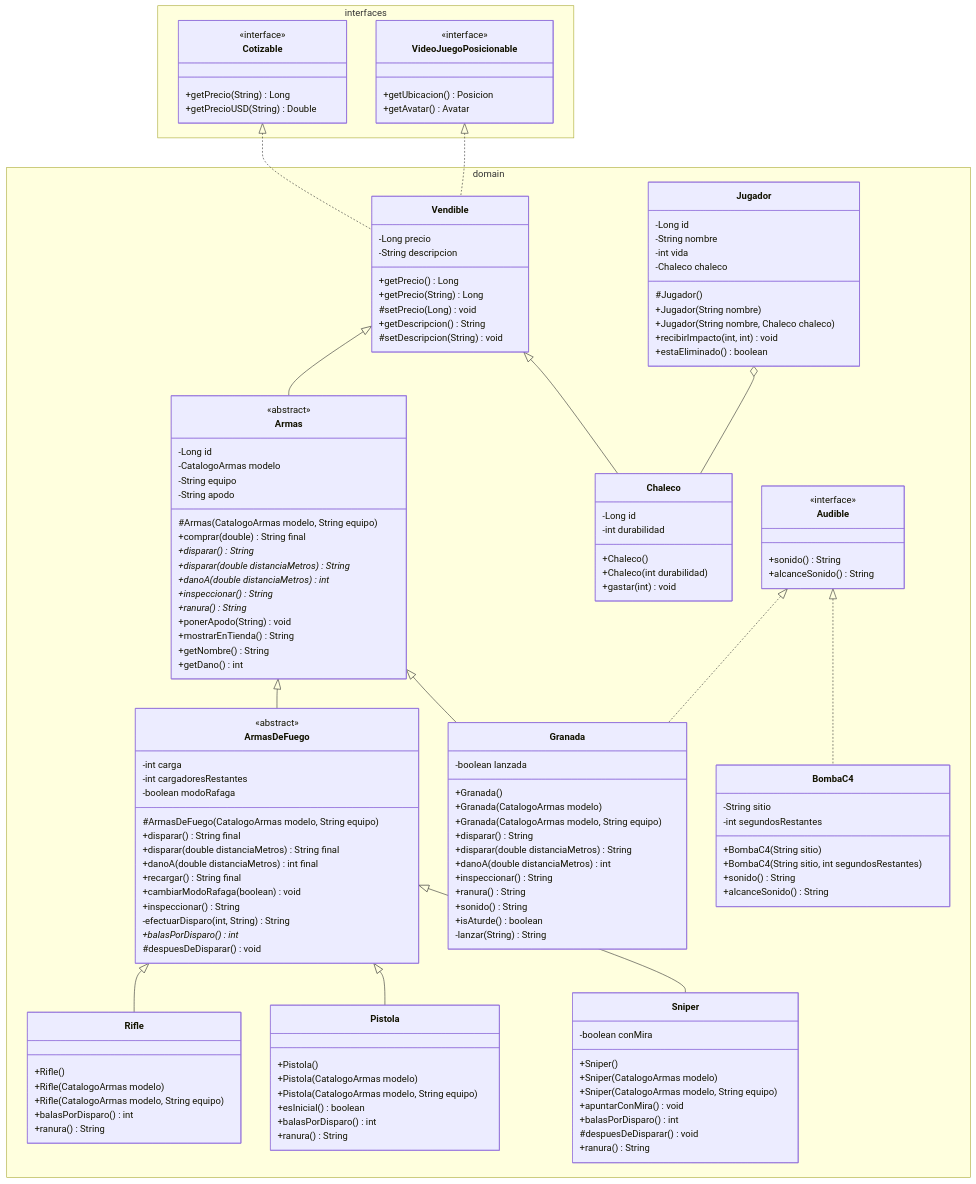
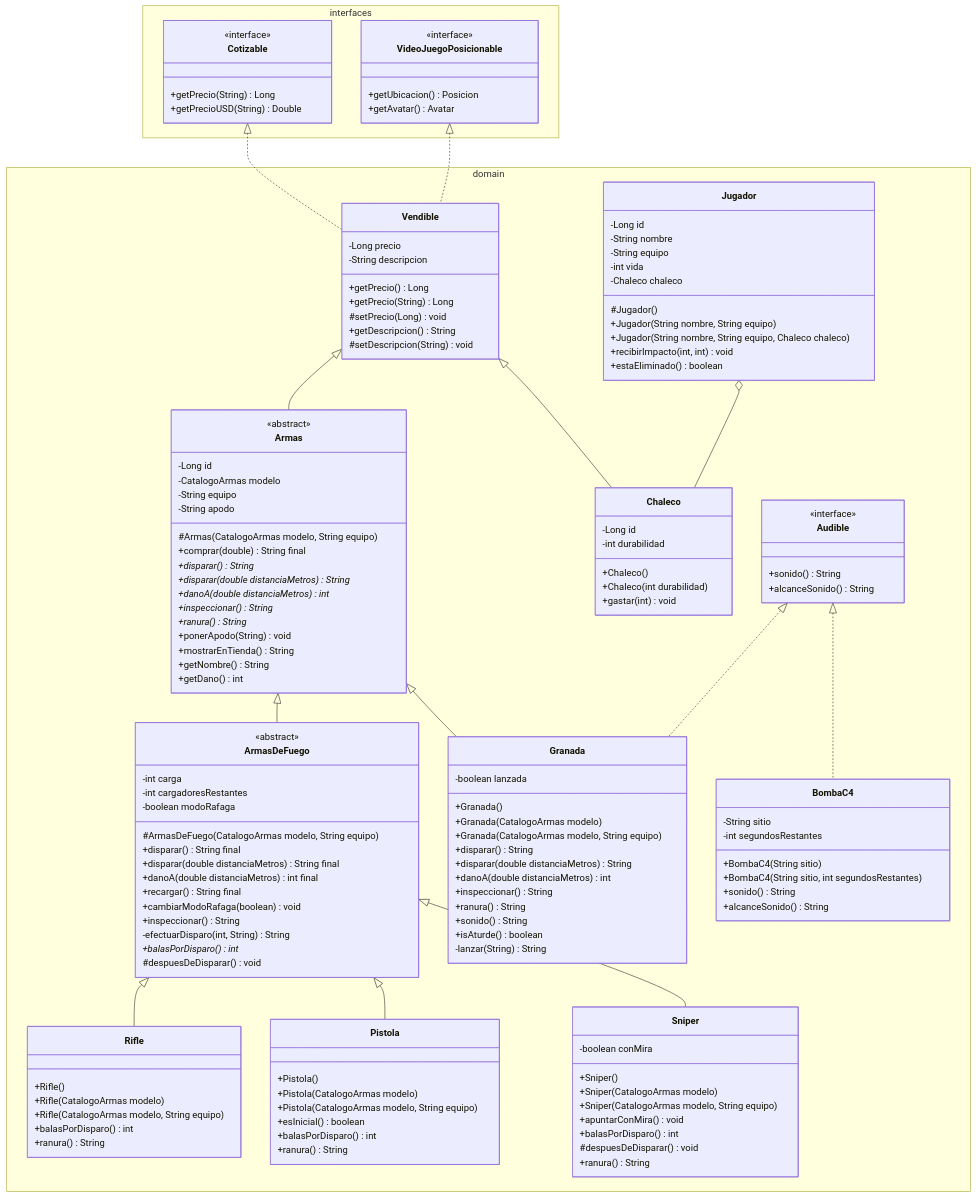
Before and after one commit to Pomona06/MK-taller-git-2026: the second of 2 diagrams in README.md, drawn with Mermaid. The commit also changed other lines of this file and 2 other files, not shown here.

```diff
--- a/README.md
+++ b/README.md
@@ -750,11 +965,12 @@
         class Jugador {
             -Long id
             -String nombre
+            -String equipo
             -int vida
             -Chaleco chaleco
             #Jugador()
-            +Jugador(String nombre)
-            +Jugador(String nombre, Chaleco chaleco)
+            +Jugador(String nombre, String equipo)
+            +Jugador(String nombre, String equipo, Chaleco chaleco)
             +recibirImpacto(int, int) void
             +estaEliminado() boolean
         }
```
